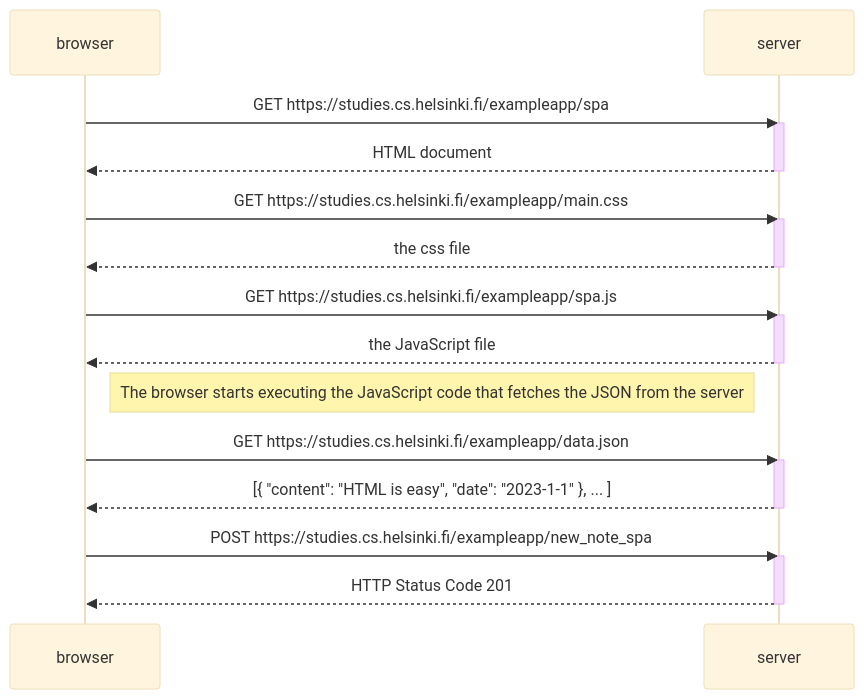
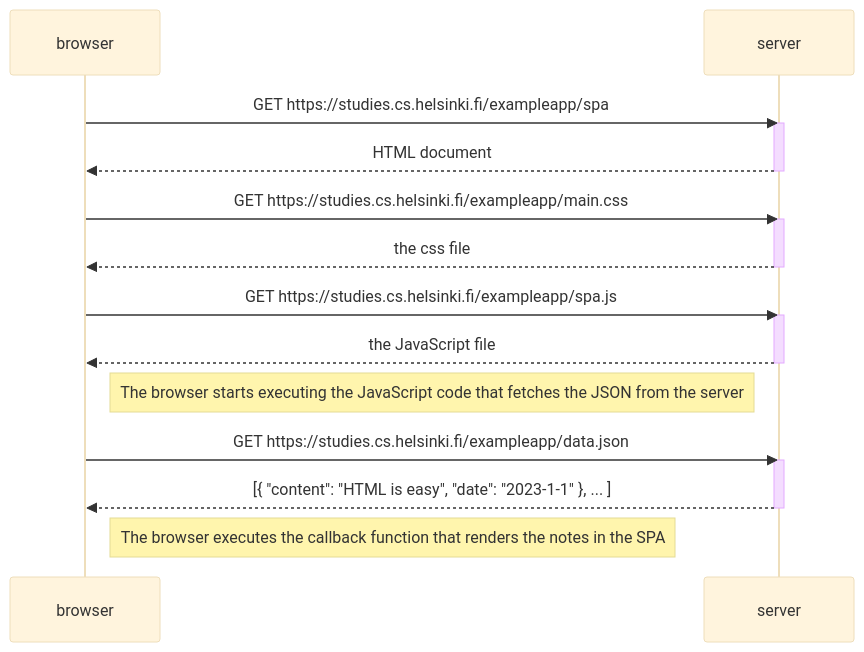
The diagram in part0/spa_mermaid.md (bbeaudet-dev/fullstackopen), drawn with Mermaid (base theme) before and after one commit. The commit also changed 1 other file, not shown here.

Commit message:
created mermaid diagram for spa

````diff
--- a/part0/spa_mermaid.md
+++ b/part0/spa_mermaid.md
@@ -1,33 +1,27 @@
 ```mermaid
 sequenceDiagram
     participant browser
     participant server
 
     browser->>server: GET https://studies.cs.helsinki.fi/exampleapp/spa
     activate server
     server-->>browser: HTML document
     deactivate server
 
     browser->>server: GET https://studies.cs.helsinki.fi/exampleapp/main.css
     activate server
     server-->>browser: the css file
     deactivate server
  
     browser->>server: GET https://studies.cs.helsinki.fi/exampleapp/spa.js
     activate server
     server-->>browser: the JavaScript file
     deactivate server
-
     Note right of browser: The browser starts executing the JavaScript code that fetches the JSON from the server
 
     browser->>server: GET https://studies.cs.helsinki.fi/exampleapp/data.json
     activate server
     server-->>browser: [{ "content": "HTML is easy", "date": "2023-1-1" }, ... ]
     deactivate server
-
-    browser->>server: POST https://studies.cs.helsinki.fi/exampleapp/new_note_spa
-    activate server
-    server-->>browser: HTTP Status Code 201
-    deactivate server
-
+     Note right of browser: The browser executes the callback function that renders the notes in the SPA
 ```
````
